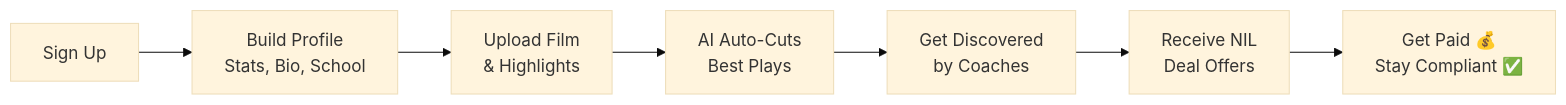
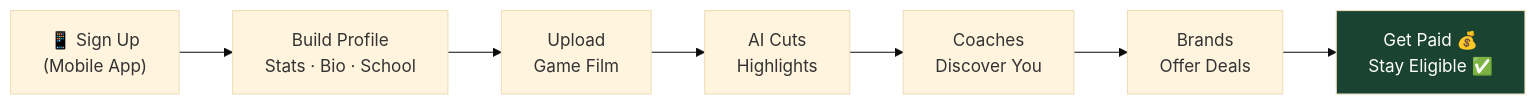
The third of 18 diagrams in STRATEGY.md (huttonbenj/The-Prowler), drawn with Mermaid (base theme) before and after one commit. The commit also changed other lines of this file, not shown here.

Commit message:
Complete strategy rebuild: verified pricing, itemized hours, architecture diagrams

````diff
--- a/STRATEGY.md
+++ b/STRATEGY.md
@@ -120,9 +76,11 @@
 ```mermaid
 flowchart LR
-    A["Sign Up"] --> B["Build Profile<br/>Stats, Bio, School"]
-    B --> C["Upload Film<br/>& Highlights"]
-    C --> D["AI Auto-Cuts<br/>Best Plays"]
-    D --> E["Get Discovered<br/>by Coaches"]
-    E --> F["Receive NIL<br/>Deal Offers"]
-    F --> G["Get Paid 💰<br/>Stay Compliant ✅"]
+    A["📱 Sign Up<br/>(Mobile App)"] --> B["Build Profile<br/>Stats · Bio · School"]
+    B --> C["Upload<br/>Game Film"]
+    C --> D["AI Cuts<br/>Highlights"]
+    D --> E["Coaches<br/>Discover You"]
+    E --> F["Brands<br/>Offer Deals"]
+    F --> G["Get Paid 💰<br/>Stay Eligible ✅"]
+
+    style G fill:#1b4332,color:#fff
 ```
````
